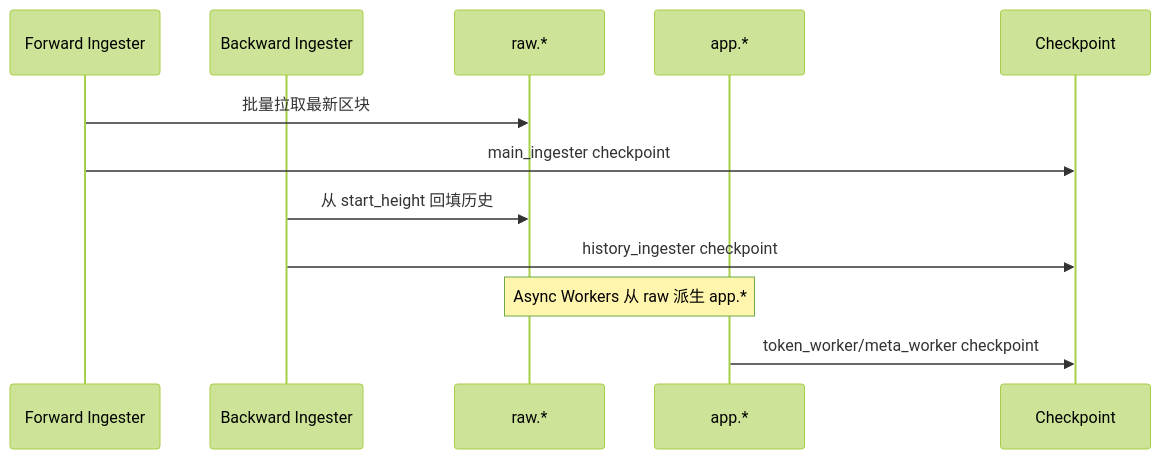
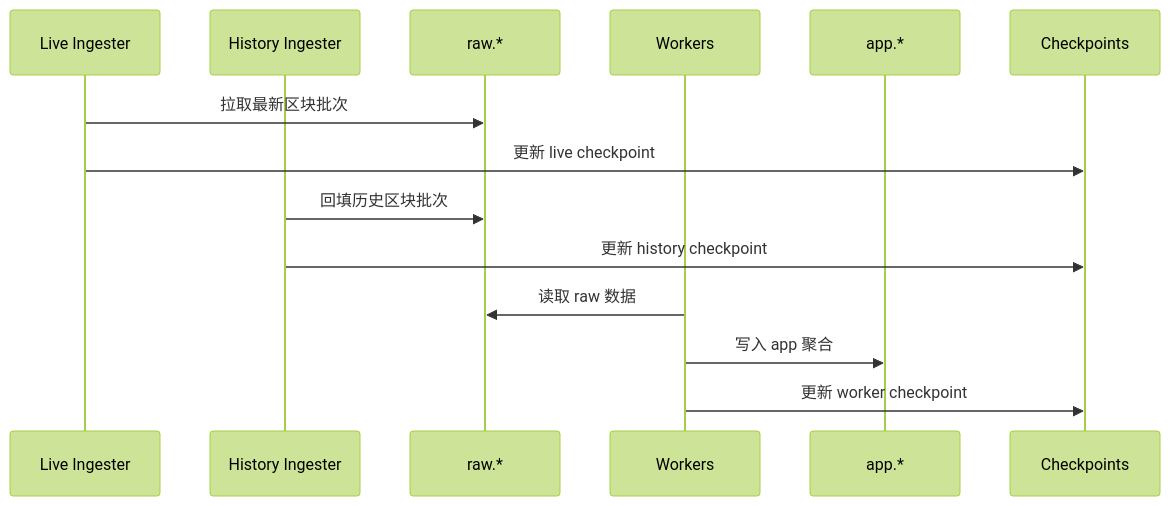
The second of 4 diagrams in ARCHITECTURE.md (Outblock/flowindex), drawn with Mermaid (forest theme) before and after one commit. The commit also changed other lines of this file and 5 other files, not shown here.

Commit message:
Add relative/absolute timestamps and expand architecture/flowscan docs

````diff
--- a/ARCHITECTURE.md
+++ b/ARCHITECTURE.md
@@ -79,17 +31,17 @@
 ```mermaid
 sequenceDiagram
-  participant F as Forward Ingester
-  participant B as Backward Ingester
+  participant L as Live Ingester
+  participant H as History Ingester
   participant R as raw.*
+  participant W as Workers
   participant A as app.*
-  participant C as Checkpoint
+  participant C as Checkpoints
 
-  F->>R: 批量拉取最新区块
-  F->>C: main_ingester checkpoint
-
-  B->>R: 从 start_height 回填历史
-  B->>C: history_ingester checkpoint
-
-  Note over R,A: Async Workers 从 raw 派生 app.*
-  A->>C: token_worker/meta_worker checkpoint
+  L->>R: 拉取最新区块批次
+  L->>C: 更新 live checkpoint
+  H->>R: 回填历史区块批次
+  H->>C: 更新 history checkpoint
+  W->>R: 读取 raw 数据
+  W->>A: 写入 app 聚合
+  W->>C: 更新 worker checkpoint
 ```
````
